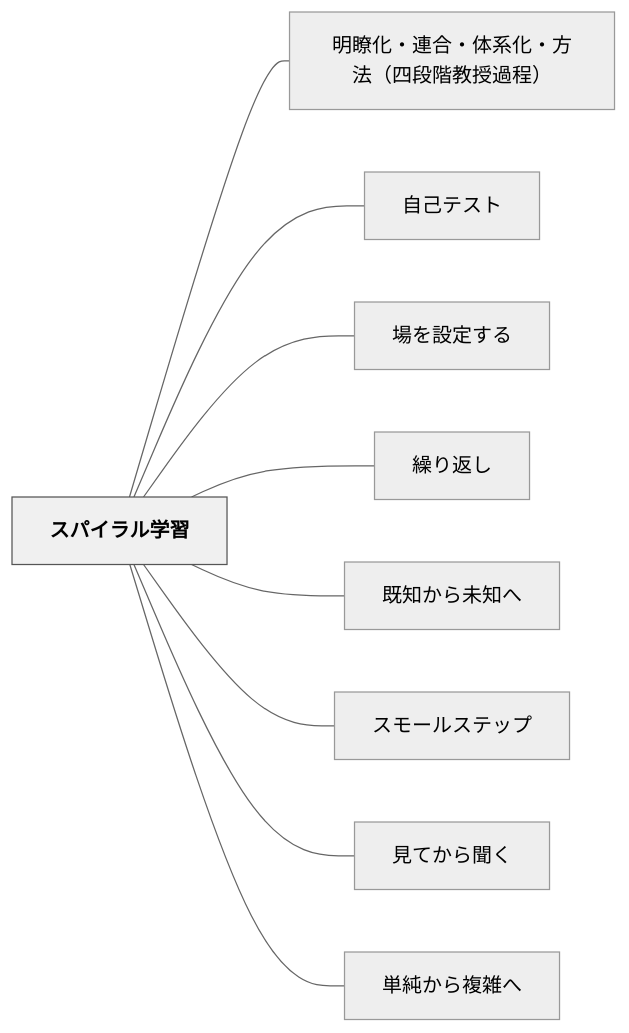
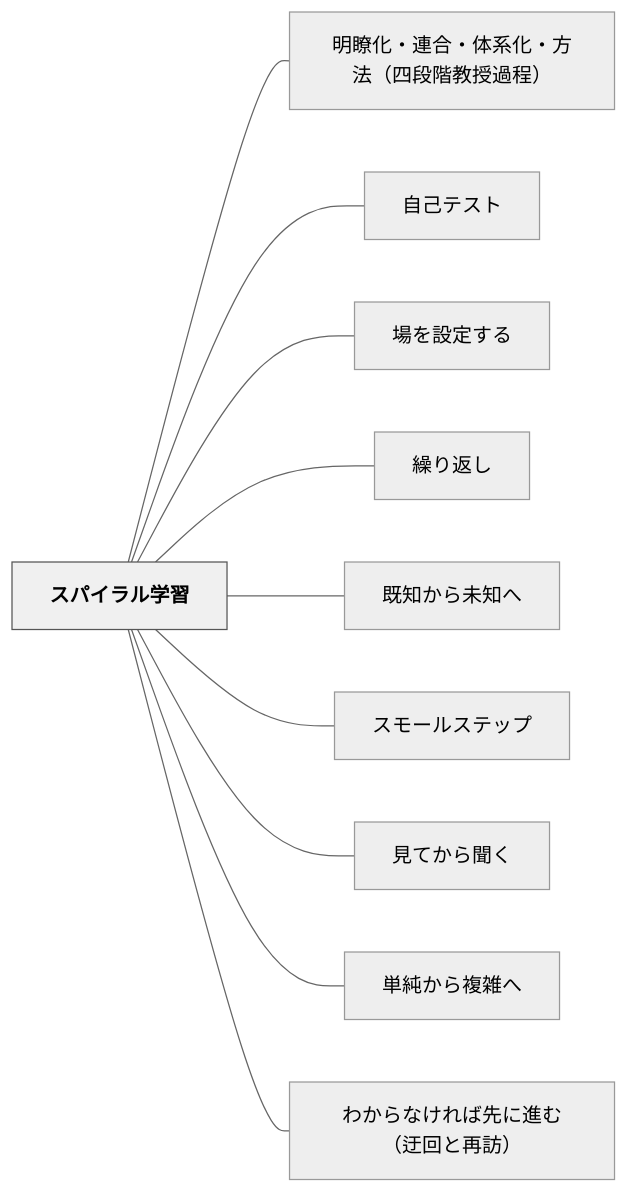
The diagram in content/パタン/スパイラル学習.md (unknownthings-ed-patterns/unknownthings-ed-patterns), drawn with Mermaid (neutral theme) before and after one commit. The commit also changed other lines of this file, not shown here.

Commit message:
auto: Obsidianから同期 2026-06-11 04:53

````diff
--- a/content/パタン/スパイラル学習.md
+++ b/content/パタン/スパイラル学習.md
@@ -102,24 +103,26 @@
 ```mermaid
 flowchart LR
     ne382b9e38391e382a4e383a9e383abe5ada6e7bf92["スパイラル学習"]
     ne6988ee79eade58c96e383bbe980a3e59088e383bbe4bd93e7b3bbe58c96e383bbe696b9e6b395efbc88e59b9be6aeb5e99a8ee69599e68e88e9818ee7a88befbc89["明瞭化・連合・体系化・方法（四段階教授過程）"]
     ne887aae5b7b1e38386e382b9e38388["自己テスト"]
     ne5a0b4e38292e8a8ade5ae9ae38199e3828b["場を設定する"]
     ne7b9b0e3828ae8bf94e38197["繰り返し"]
     ne697a2e79fa5e3818be38289e69caae79fa5e381b8["既知から未知へ"]
     ne382b9e383a2e383bce383abe382b9e38386e38383e38397["スモールステップ"]
     ne8a68be381a6e3818be38289e8819ee3818f["見てから聞く"]
     ne58d98e7b494e3818be38289e8a487e99b91e381b8["単純から複雑へ"]
+    ne3828fe3818be38289e381aae38191e3828ce381b0e58588e381abe980b2e38280efbc88e8bf82e59b9ee381a8e5868de8a8aaefbc89["わからなければ先に進む（迂回と再訪）"]
 
     ne382b9e38391e382a4e383a9e383abe5ada6e7bf92 --- ne6988ee79eade58c96e383bbe980a3e59088e383bbe4bd93e7b3bbe58c96e383bbe696b9e6b395efbc88e59b9be6aeb5e99a8ee69599e68e88e9818ee7a88befbc89
     ne382b9e38391e382a4e383a9e383abe5ada6e7bf92 --- ne887aae5b7b1e38386e382b9e38388
     ne382b9e38391e382a4e383a9e383abe5ada6e7bf92 --- ne5a0b4e38292e8a8ade5ae9ae38199e3828b
     ne382b9e38391e382a4e383a9e383abe5ada6e7bf92 --- ne7b9b0e3828ae8bf94e38197
     ne382b9e38391e382a4e383a9e383abe5ada6e7bf92 --- ne697a2e79fa5e3818be38289e69caae79fa5e381b8
     ne382b9e38391e382a4e383a9e383abe5ada6e7bf92 --- ne382b9e383a2e383bce383abe382b9e38386e38383e38397
     ne382b9e38391e382a4e383a9e383abe5ada6e7bf92 --- ne8a68be381a6e3818be38289e8819ee3818f
     ne382b9e38391e382a4e383a9e383abe5ada6e7bf92 --- ne58d98e7b494e3818be38289e8a487e99b91e381b8
+    ne382b9e38391e382a4e383a9e383abe5ada6e7bf92 --- ne3828fe3818be38289e381aae38191e3828ce381b0e58588e381abe980b2e38280efbc88e8bf82e59b9ee381a8e5868de8a8aaefbc89
 
     classDef hub fill:#f0f0f0,stroke:#555,color:#000,font-weight:bold
     class ne382b9e38391e382a4e383a9e383abe5ada6e7bf92 hub
 ```
````
